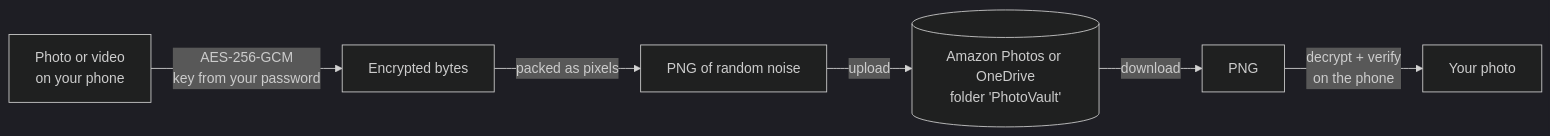
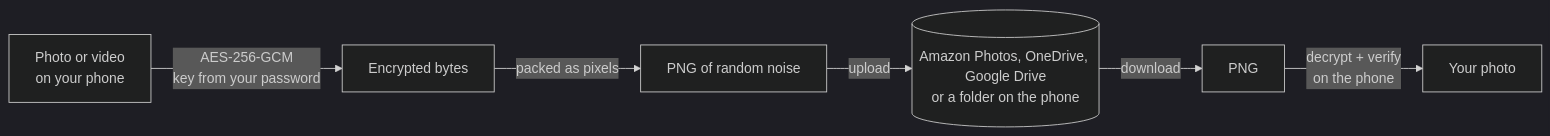
Before and after one commit to rimaturus/CloakRoll: the diagram in README.md, drawn with Mermaid (dark theme). The commit also changed other lines of this file and 23 other files, not shown here.

First line of the commit message:
Cloakroll v1.8 (draft): Google Drive, vault on the phone, phone copy, time estimates and statistics

````diff
--- a/README.md
+++ b/README.md
@@ -33,8 +33,8 @@
 ```mermaid
 flowchart LR
     A[Photo or video<br/>on your phone] -->|AES-256-GCM<br/>key from your password| B[Encrypted bytes]
     B -->|packed as pixels| C[PNG of random noise]
-    C -->|upload| D[(Amazon Photos or OneDrive<br/>folder 'PhotoVault')]
+    C -->|upload| D[(Amazon Photos, OneDrive, Google Drive<br/>or a folder on the phone)]
     D -->|download| E[PNG]
     E -->|decrypt + verify<br/>on the phone| F[Your photo]
 ```
````
